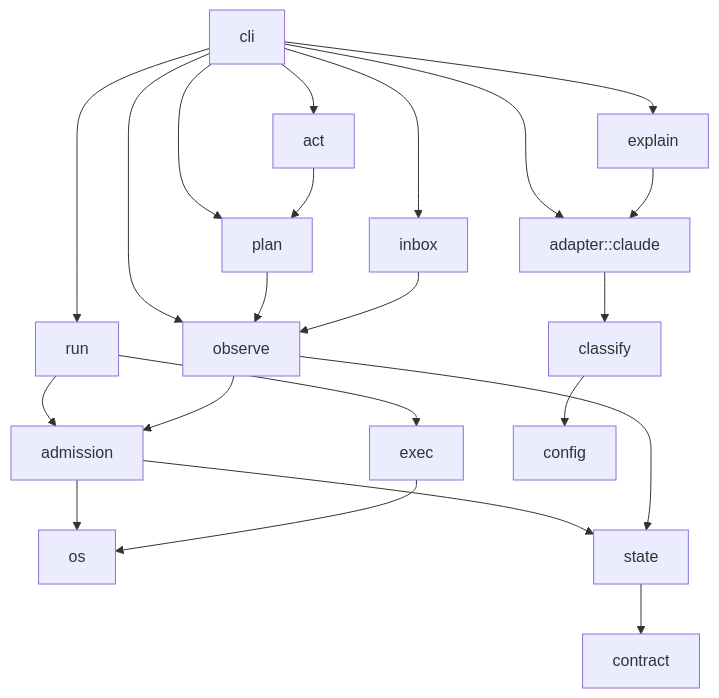
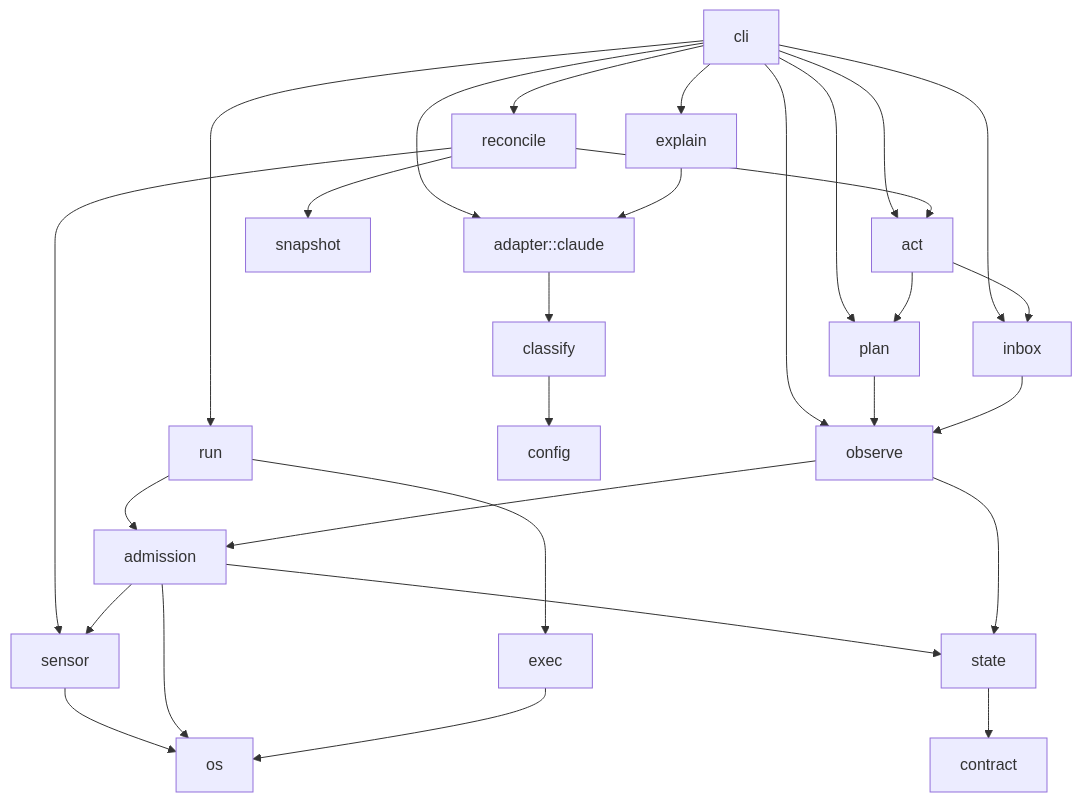
One commit to shuymn/cardinal changed the first of 2 diagrams in docs/architecture.md. Above: the diagram before and after it, drawn with Mermaid. The commit also changed other lines of this file and 1 other file, not shown here.

First line of the commit message:
docs(architecture): design phase 1 reclamation

````diff
--- a/docs/architecture.md
+++ b/docs/architecture.md
@@ -82,24 +92,31 @@
 ```mermaid
 flowchart TD
   cli --> adapter_claude[adapter::claude]
   cli --> run
   cli --> plan
   cli --> act
   cli --> inbox
   cli --> explain
   cli --> observe
+  cli --> reconcile
+  reconcile --> act
+  reconcile --> snapshot
+  reconcile --> sensor
   explain --> adapter_claude
   adapter_claude --> classify
   run --> admission
   run --> exec
   act --> plan
+  act --> inbox
   plan --> observe
   inbox --> observe
   observe --> admission
+  admission --> sensor
+  sensor --> os
   admission --> os
   exec --> os
   admission --> state
   observe --> state
   classify --> config
   state --> contract
 ```
````
